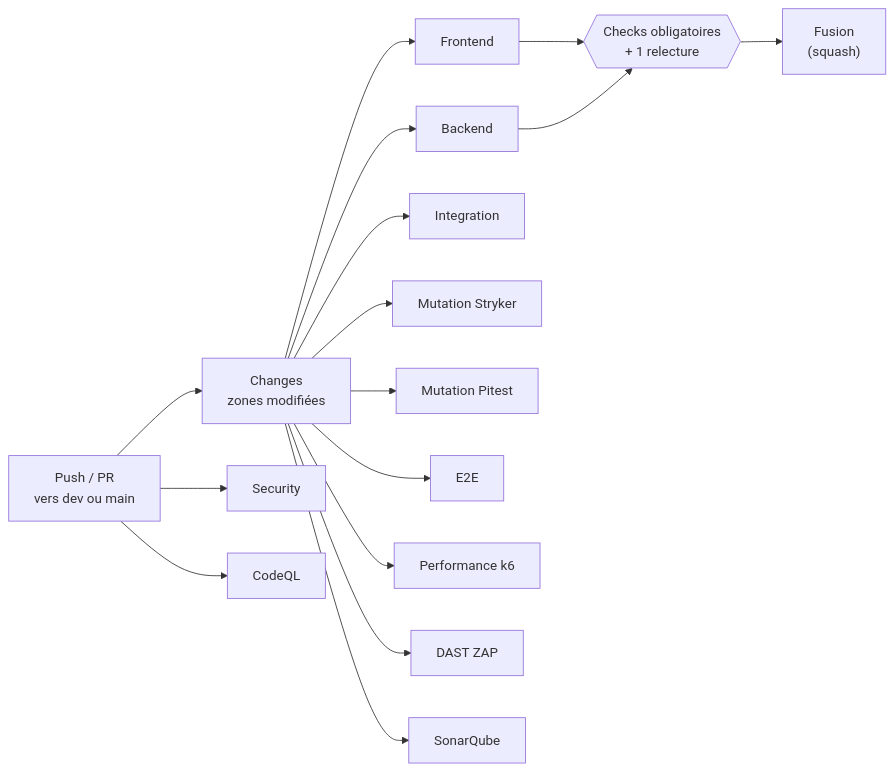
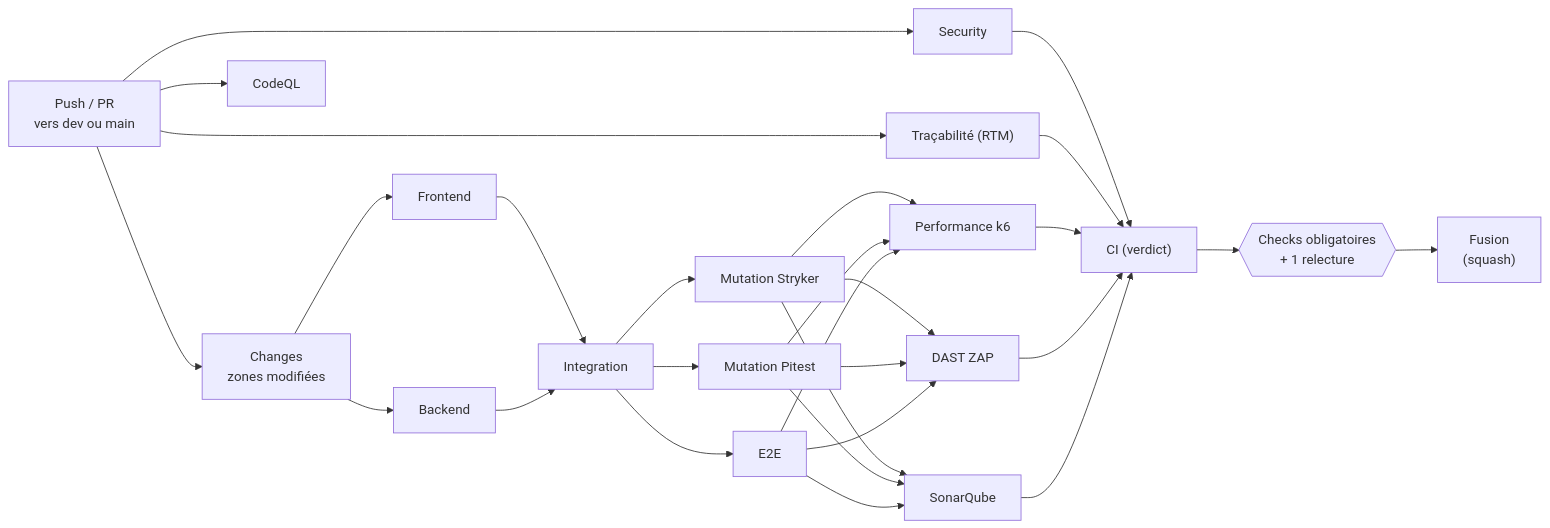
Before and after one commit to Antoine-Ferron/tiki-gaming: the diagram in docs/ci.md, drawn with Mermaid. The commit also changed other lines of this file and 61 other files, not shown here.

````diff
--- a/docs/ci.md
+++ b/docs/ci.md
@@ -11,17 +11,19 @@
 ```mermaid
 flowchart LR
     PUSH["Push / PR<br/>vers dev ou main"] --> CH["Changes<br/>zones modifiées"]
     PUSH --> SEC["Security"]
+    PUSH --> RTM["Traçabilité (RTM)"]
     PUSH --> CQ["CodeQL"]
     CH --> FE["Frontend"]
     CH --> BE["Backend"]
-    CH --> IT["Integration"]
-    CH --> MF["Mutation Stryker"]
-    CH --> MB["Mutation Pitest"]
-    CH --> E2E["E2E"]
-    CH --> PERF["Performance k6"]
-    CH --> DAST["DAST ZAP"]
-    CH --> SQ["SonarQube"]
-    FE & BE --> GATE{{"Checks obligatoires<br/>+ 1 relecture"}}
+    FE & BE --> IT["Integration"]
+    IT --> MF["Mutation Stryker"]
+    IT --> MB["Mutation Pitest"]
+    IT --> E2E["E2E"]
+    MF & MB & E2E --> PERF["Performance k6"]
+    MF & MB & E2E --> DAST["DAST ZAP"]
+    MF & MB & E2E --> SQ["SonarQube"]
+    SEC & RTM & PERF & DAST & SQ --> V["CI (verdict)"]
+    V --> GATE{{"Checks obligatoires<br/>+ 1 relecture"}}
     GATE --> MERGE["Fusion<br/>(squash)"]
 ```
````
